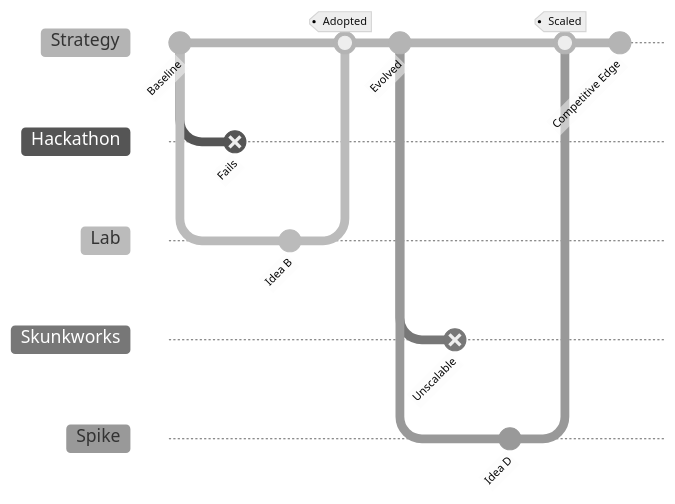
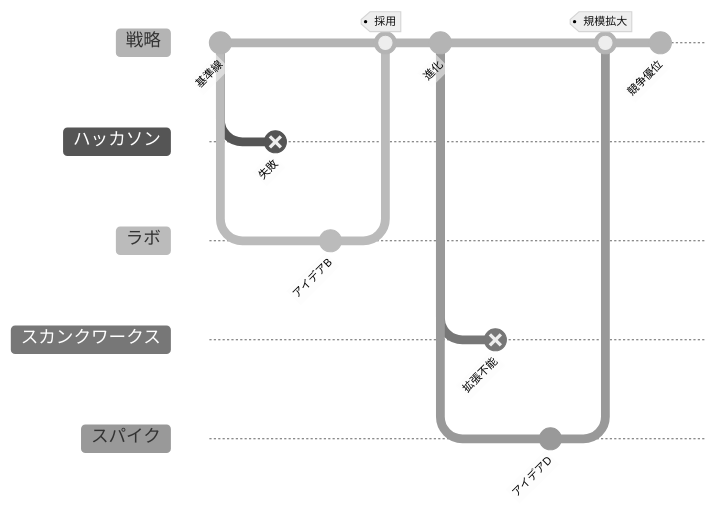
One commit to wardley-leadership-strategies-ja/wardley-leadership-strategies-ja.github.io changed the diagram in docs/strategies/attacking/experimentation/index.md. Above: the diagram before and after it, drawn with Mermaid (neutral theme). The commit also changed 142 other files, not shown here.

````diff
--- a/docs/strategies/attacking/experimentation/index.md
+++ b/docs/strategies/attacking/experimentation/index.md
@@ -62,27 +62,27 @@
 ```mermaid
 %%{init: {'gitGraph': {
- 'mainBranchName': 'Strategy'
+ 'mainBranchName': '戦略'
 }} }%%
 gitGraph
-  commit id: "Baseline"
-  branch Hackathon
-  checkout Hackathon
-  commit id: "Fails" type: REVERSE
-  checkout Strategy
-  branch Lab
-  checkout Lab
-  commit id: "Idea B"
-  checkout Strategy
-  merge Lab tag: "Adopted"
-  commit id: "Evolved"
-  branch Skunkworks
-  checkout Skunkworks
-  commit id: "Unscalable" type: REVERSE
-  checkout Strategy
-  branch Spike
-  checkout Spike
-  commit id: "Idea D"
-  checkout Strategy
-  merge Spike tag: "Scaled"
-  commit id: "Competitive Edge"
+  commit id: "基準線"
+  branch "ハッカソン"
+  checkout "ハッカソン"
+  commit id: "失敗" type: REVERSE
+  checkout "戦略"
+  branch "ラボ"
+  checkout "ラボ"
+  commit id: "アイデアB"
+  checkout "戦略"
+  merge "ラボ" tag: "採用"
+  commit id: "進化"
+  branch "スカンクワークス"
+  checkout "スカンクワークス"
+  commit id: "拡張不能" type: REVERSE
+  checkout "戦略"
+  branch "スパイク"
+  checkout "スパイク"
+  commit id: "アイデアD"
+  checkout "戦略"
+  merge "スパイク" tag: "規模拡大"
+  commit id: "競争優位"
 ```
````
